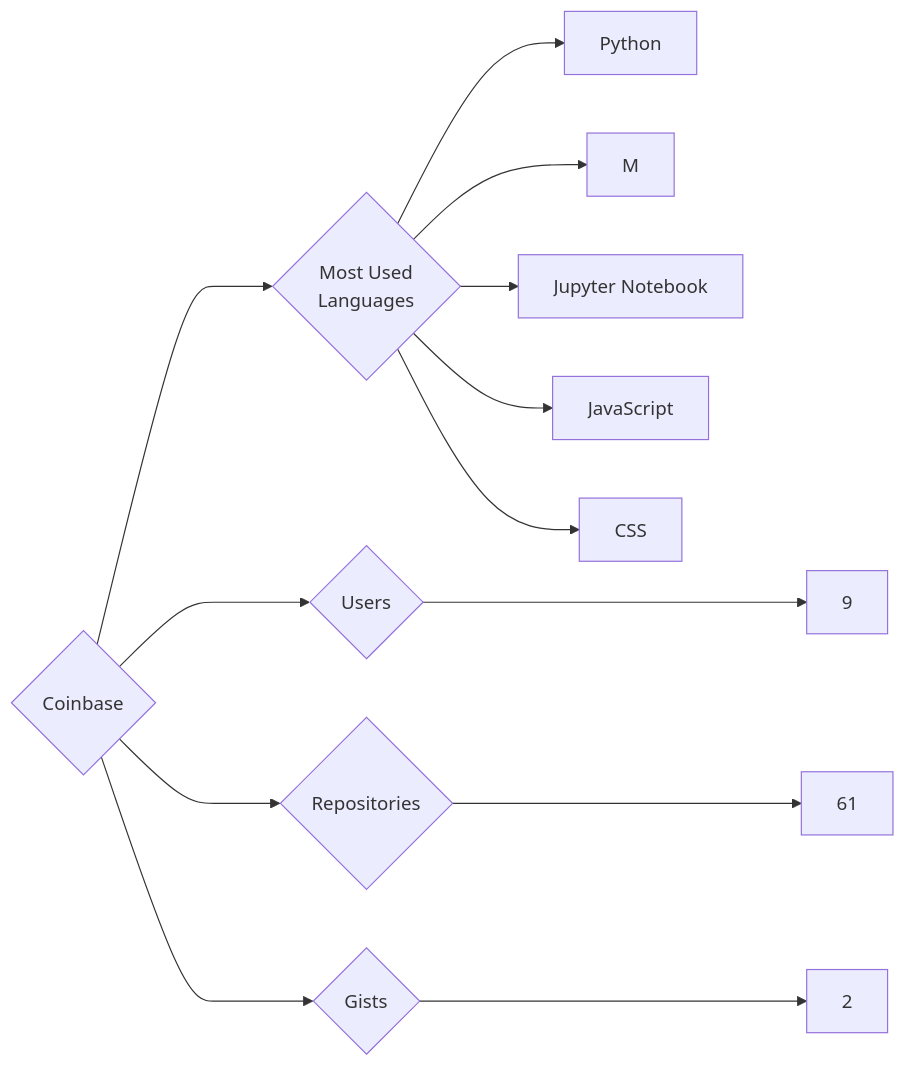
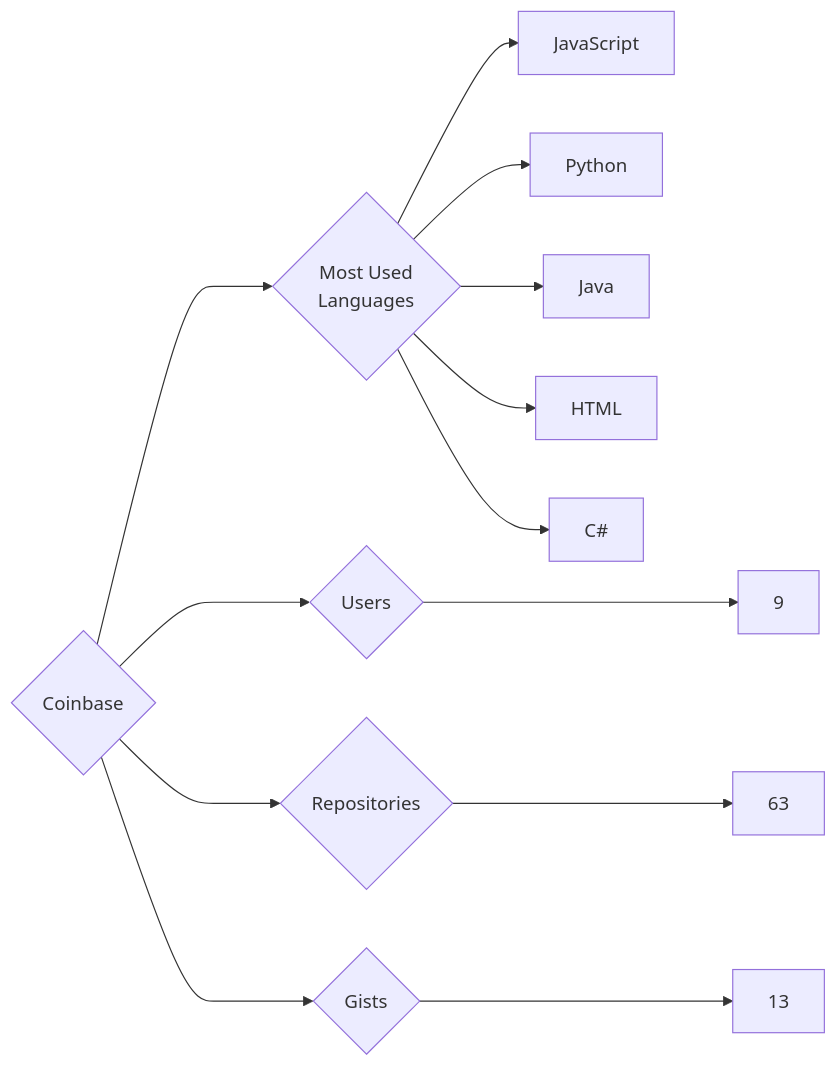
Before and after one commit to trickest/insiders: the diagram in targets/Coinbase/README.md, drawn with Mermaid. The commit also changed 1055 other files, not shown here.

````diff
--- a/targets/Coinbase/README.md
+++ b/targets/Coinbase/README.md
@@ -3,13 +3,13 @@
 ```mermaid
 graph LR
 COMPANY_NAME{Coinbase}
 COMPANY_NAME ---> U{Users} ---> UN[9]
-COMPANY_NAME ---> R{Repositories} ---> RN[61]
-COMPANY_NAME ---> G{Gists} ---> GN[2]
+COMPANY_NAME ---> R{Repositories} ---> RN[63]
+COMPANY_NAME ---> G{Gists} ---> GN[13]
 COMPANY_NAME ---> ML{Most Used<br>Languages}
+ML --> JavaScript[JavaScript]
 ML --> Python[Python]
-ML --> M[M]
-ML --> Jupyter_Notebook[Jupyter Notebook]
-ML --> JavaScript[JavaScript]
-ML --> CSS[CSS]
+ML --> Java[Java]
+ML --> HTML[HTML]
+ML --> C#[C#]
 ```
````
